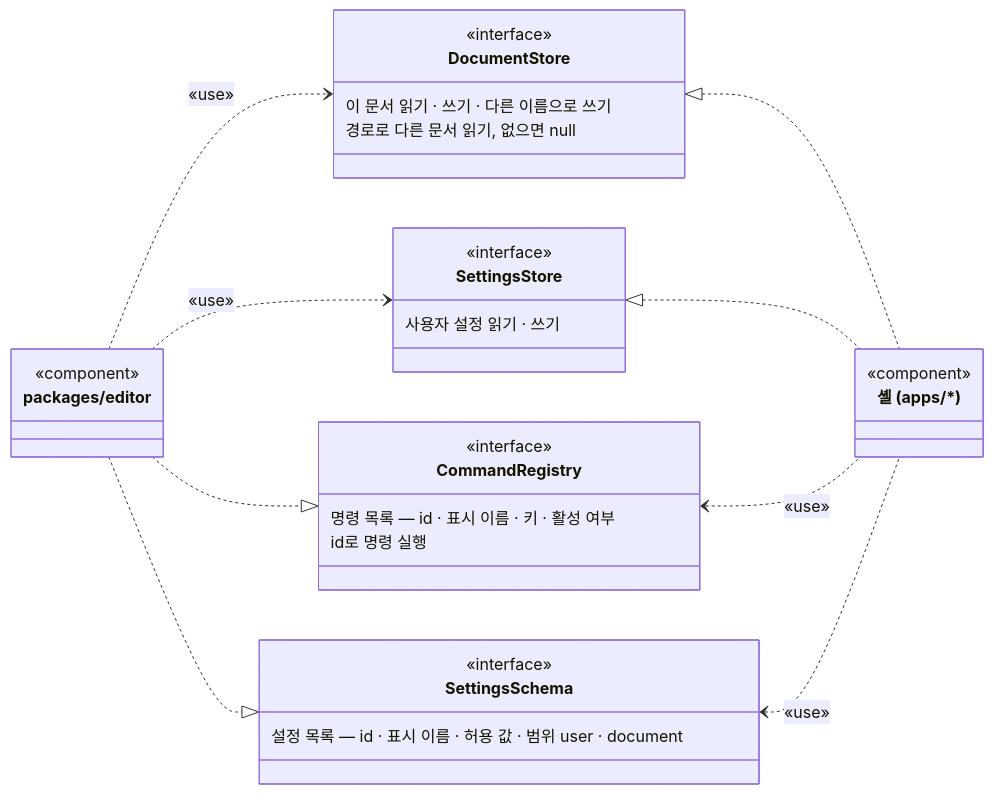
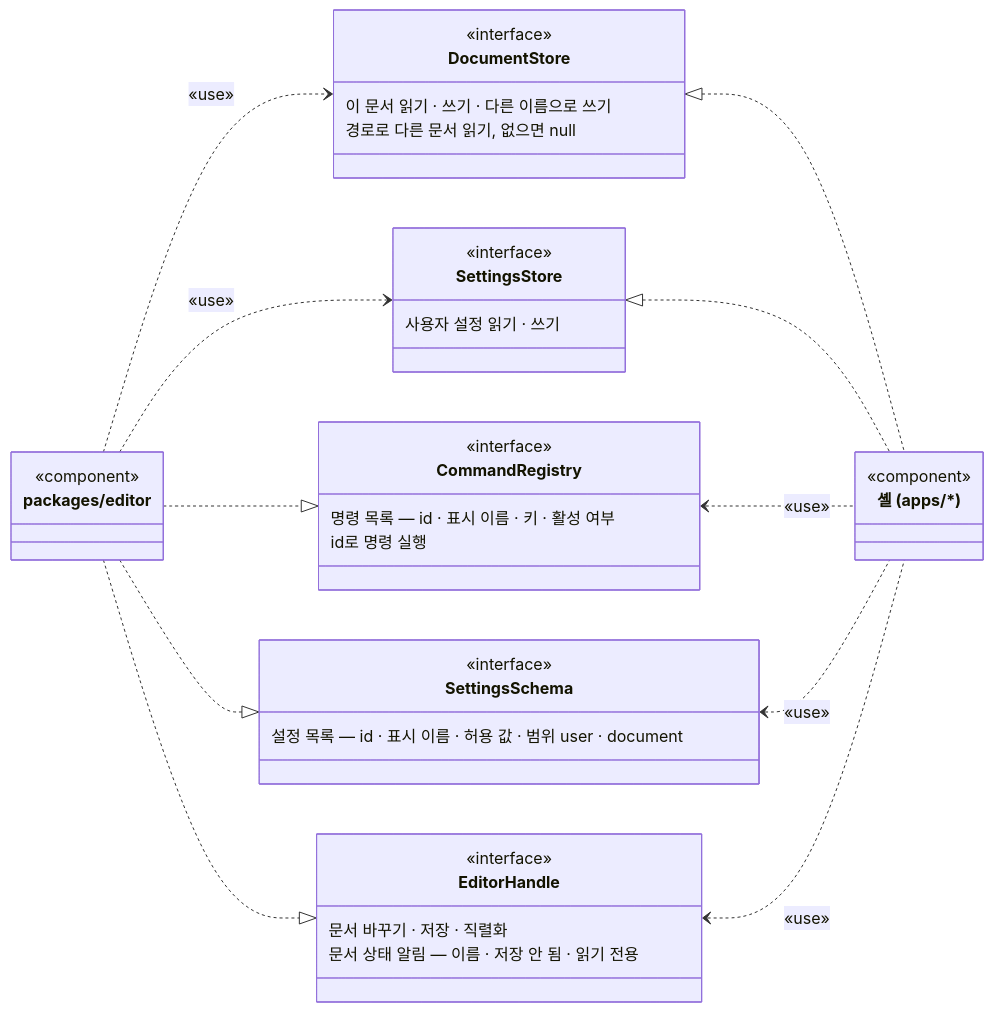
Before and after one commit to reddiana/AriadneNSD: the third of 6 diagrams in docs/03-architecture/03-architecture.md, drawn with Mermaid. The commit also changed other lines of this file and 6 other files, not shown here.

Commit message:
편집기 설계 6장: 셸과의 경계를 채움(createEditor · OpenedDocument · EditorHandle, 새로 · 열기 · 최근 파일은 셸의 명령, 자동 저장 · 임시 보관 타이머는 셸, 스냅숏, 읽기 전용, Appearance), CommandSpec의 이름 함수 · edits · CommandContext, 아키텍처 3.2, ADR-0031 · 0033 이후 변경

````diff
--- a/docs/03-architecture/03-architecture.md
+++ b/docs/03-architecture/03-architecture.md
@@ -161,30 +161,36 @@
 ```mermaid
 classDiagram
     direction LR
     class editor["packages/editor"]
     <<component>> editor
     class Shell["셸 (apps/*)"]
     <<component>> Shell
     class DocumentStore
     <<interface>> DocumentStore
     DocumentStore : 이 문서 읽기 · 쓰기 · 다른 이름으로 쓰기
     DocumentStore : 경로로 다른 문서 읽기, 없으면 null
     class SettingsStore
     <<interface>> SettingsStore
     SettingsStore : 사용자 설정 읽기 · 쓰기
     class CommandRegistry
     <<interface>> CommandRegistry
     CommandRegistry : 명령 목록 — id · 표시 이름 · 키 · 활성 여부
     CommandRegistry : id로 명령 실행
     class SettingsSchema
     <<interface>> SettingsSchema
     SettingsSchema : 설정 목록 — id · 표시 이름 · 허용 값 · 범위 user · document
+    class EditorHandle
+    <<interface>> EditorHandle
+    EditorHandle : 문서 바꾸기 · 저장 · 직렬화
+    EditorHandle : 문서 상태 알림 — 이름 · 저장 안 됨 · 읽기 전용
     editor ..> DocumentStore : «use»
     editor ..> SettingsStore : «use»
     DocumentStore <|.. Shell
     SettingsStore <|.. Shell
     editor ..|> CommandRegistry
     editor ..|> SettingsSchema
     CommandRegistry <.. Shell : «use»
     SettingsSchema <.. Shell : «use»
+    editor ..|> EditorHandle
+    EditorHandle <.. Shell : «use»
 ```
````
